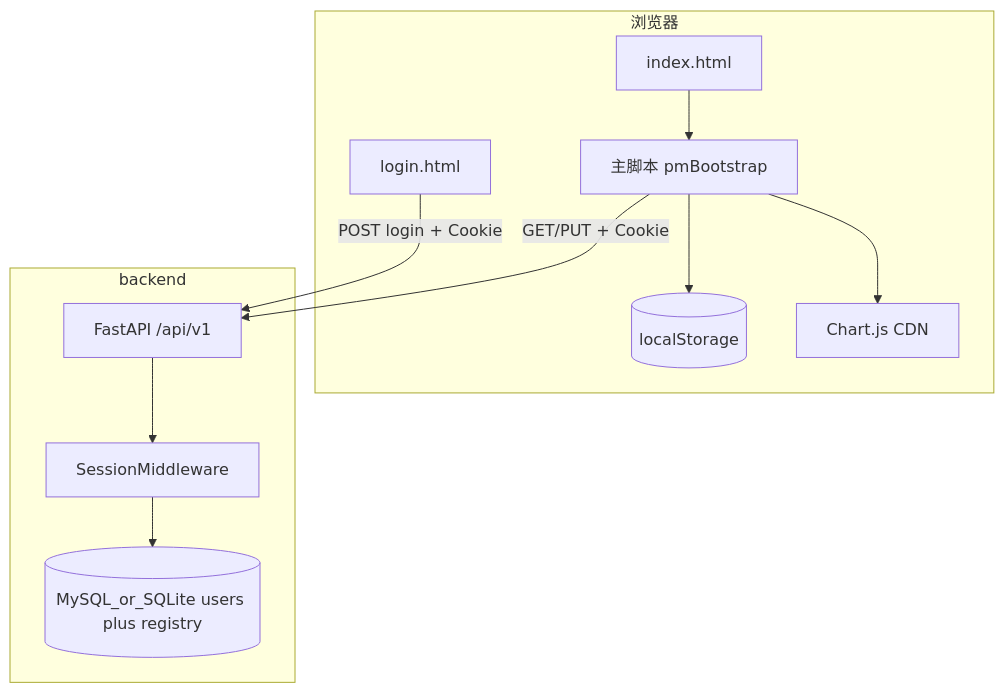
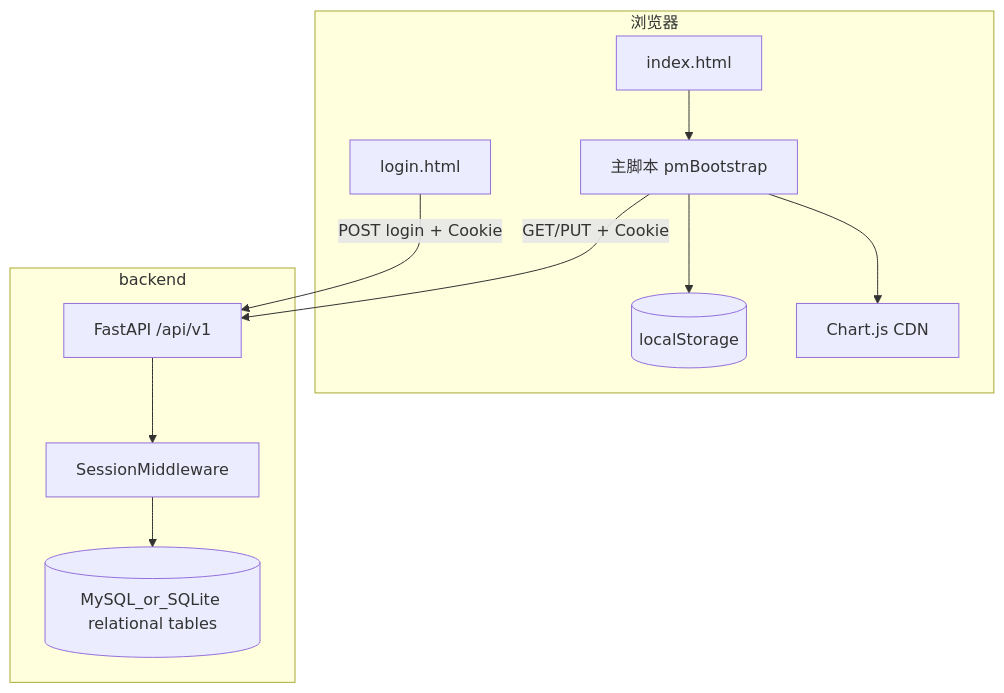
The first of 2 diagrams in docs/技术设计文档-项目管理登记工具.md (sky-ding/test), drawn with Mermaid before and after one commit. The commit also changed other lines of this file and 17 other files, not shown here.

````diff
--- a/docs/技术设计文档-项目管理登记工具.md
+++ b/docs/技术设计文档-项目管理登记工具.md
@@ -20,22 +20,22 @@
 ```mermaid
 flowchart TB
   subgraph Browser["浏览器"]
     LOGIN[login.html]
     HTML[index.html]
     S1[主脚本 pmBootstrap]
     LS[(localStorage)]
     CDN[Chart.js CDN]
   end
   subgraph Server["backend"]
     API[FastAPI /api/v1]
     SESS[SessionMiddleware]
-    DB[(MySQL_or_SQLite users plus registry)]
+    DB[(MySQL_or_SQLite relational tables)]
   end
   LOGIN -->|POST login + Cookie| API
   HTML --> S1
   S1 --> LS
   S1 --> CDN
   S1 -->|GET/PUT + Cookie| API
   API --> SESS
   SESS --> DB
 ```
````
